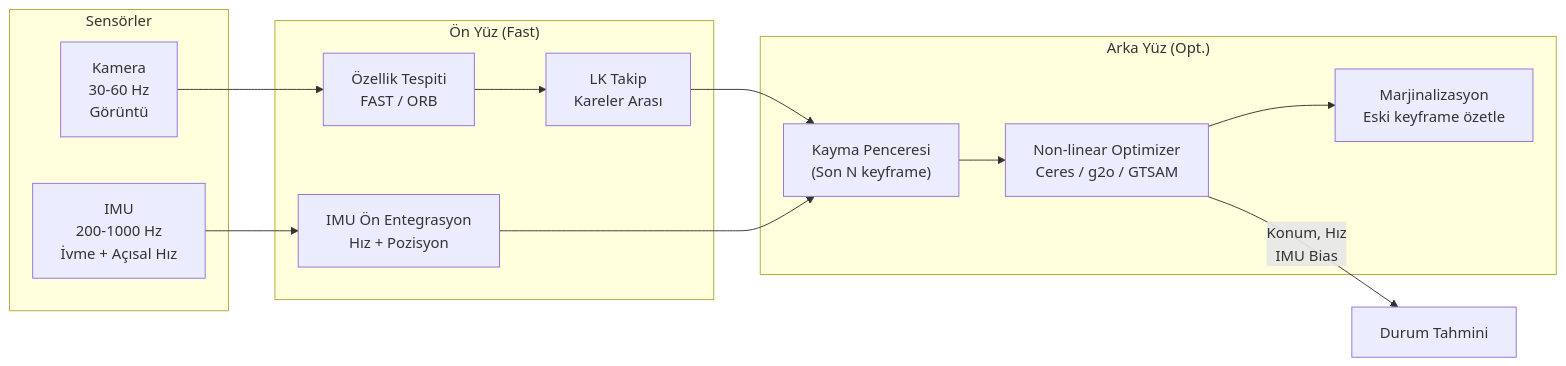
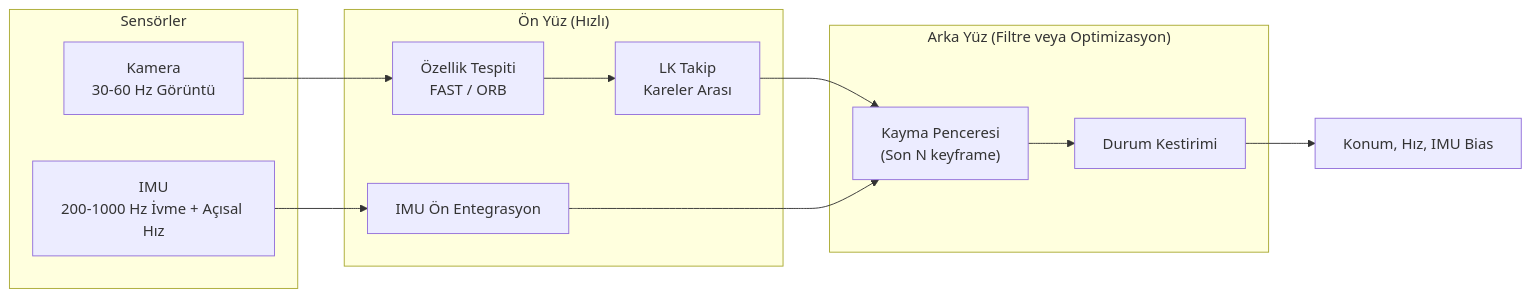
The first of 2 diagrams in docs/md/robotics/vio.md (serkanMzlm/MechatronicsNotebook), drawn with Mermaid before and after one commit. The commit also changed other lines of this file and 3 other files, not shown here.

````diff
--- a/docs/md/robotics/vio.md
+++ b/docs/md/robotics/vio.md
@@ -223,24 +50,19 @@
 ```mermaid
 flowchart LR
     subgraph SENS["Sensörler"]
-        CAM["Kamera\n30-60 Hz\nGörüntü"]
-        IMU["IMU\n200-1000 Hz\nİvme + Açısal Hız"]
+        CAM["Kamera<br/>30-60 Hz Görüntü"]
+        IMU["IMU<br/>200-1000 Hz İvme + Açısal Hız"]
     end
-
-    subgraph FRONT["Ön Yüz (Fast)"]
-        FEAT["Özellik Tespiti\nFAST / ORB"]
-        TRACK["LK Takip\nKareler Arası"]
-        PREINT["IMU Ön Entegrasyon\nHız + Pozisyon"]
+    subgraph FRONT["Ön Yüz (Hızlı)"]
+        FEAT["Özellik Tespiti<br/>FAST / ORB"]
+        TRACK["LK Takip<br/>Kareler Arası"]
+        PREINT["IMU Ön Entegrasyon"]
     end
-
-    subgraph BACK["Arka Yüz (Opt.)"]
-        SLIDE["Kayma Penceresi\n(Son N keyframe)"]
-        OPT["Non-linear Optimizer\nCeres / g2o / GTSAM"]
-        MARG["Marjinalizasyon\nEski keyframe özetle"]
+    subgraph BACK["Arka Yüz (Filtre veya Optimizasyon)"]
+        SLIDE["Kayma Penceresi<br/>(Son N keyframe)"]
+        EST["Durum Kestirimi"]
     end
-
     CAM --> FEAT --> TRACK --> SLIDE
     IMU --> PREINT --> SLIDE
-    SLIDE --> OPT --> MARG
-    OPT -->|"Konum, Hız\nIMU Bias"| OUT["Durum Tahmini"]
+    SLIDE --> EST --> OUT["Konum, Hız, IMU Bias"]
 ```
````
